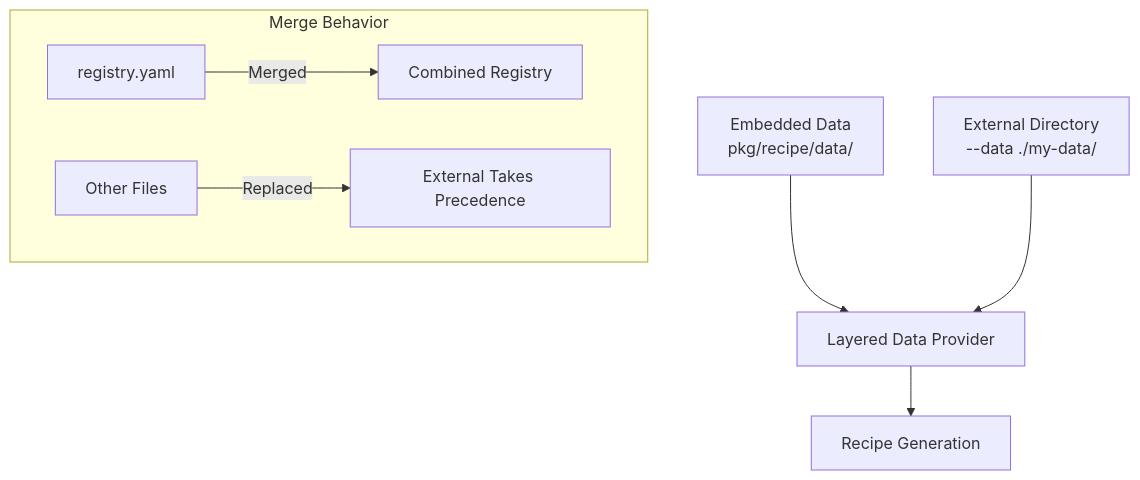
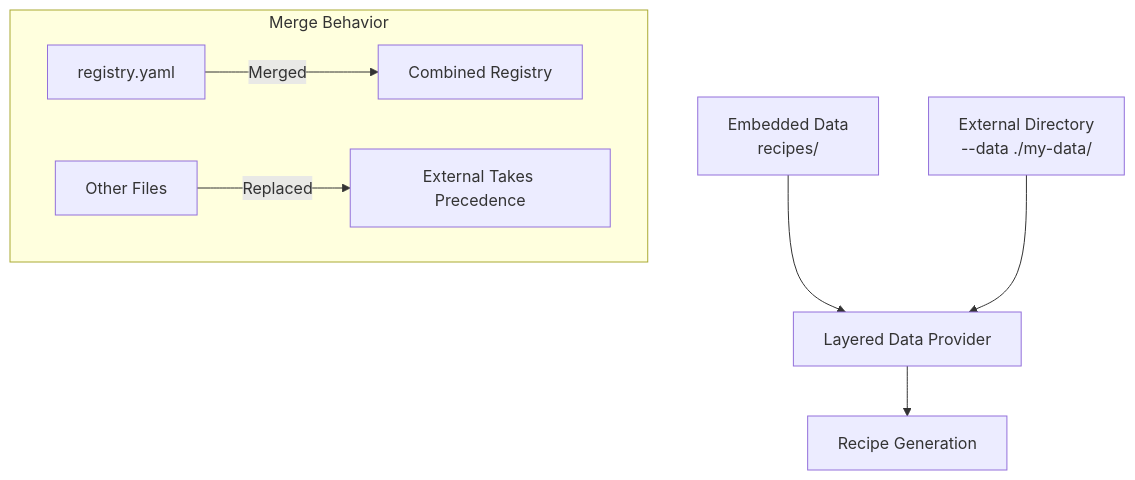
The ninth of 17 diagrams in docs/contributor/cli.md (NVIDIA/aicr), drawn with Mermaid before and after one commit. The commit also changed other lines of this file and 75 other files, not shown here.

First line of the commit message:
refactor(recipe): move embedded data to recipes/ at repo root

````diff
--- a/docs/contributor/cli.md
+++ b/docs/contributor/cli.md
@@ -548,11 +548,11 @@
 ```mermaid
 flowchart TD
-    A[Embedded Data<br/>pkg/recipe/data/] --> C[Layered Data Provider]
+    A[Embedded Data<br/>recipes/] --> C[Layered Data Provider]
     B[External Directory<br/>--data ./my-data/] --> C
     C --> D[Recipe Generation]
 
     subgraph Merge Behavior
         E[registry.yaml] -->|Merged| F[Combined Registry]
         G[Other Files] -->|Replaced| H[External Takes Precedence]
     end
 ```
````
